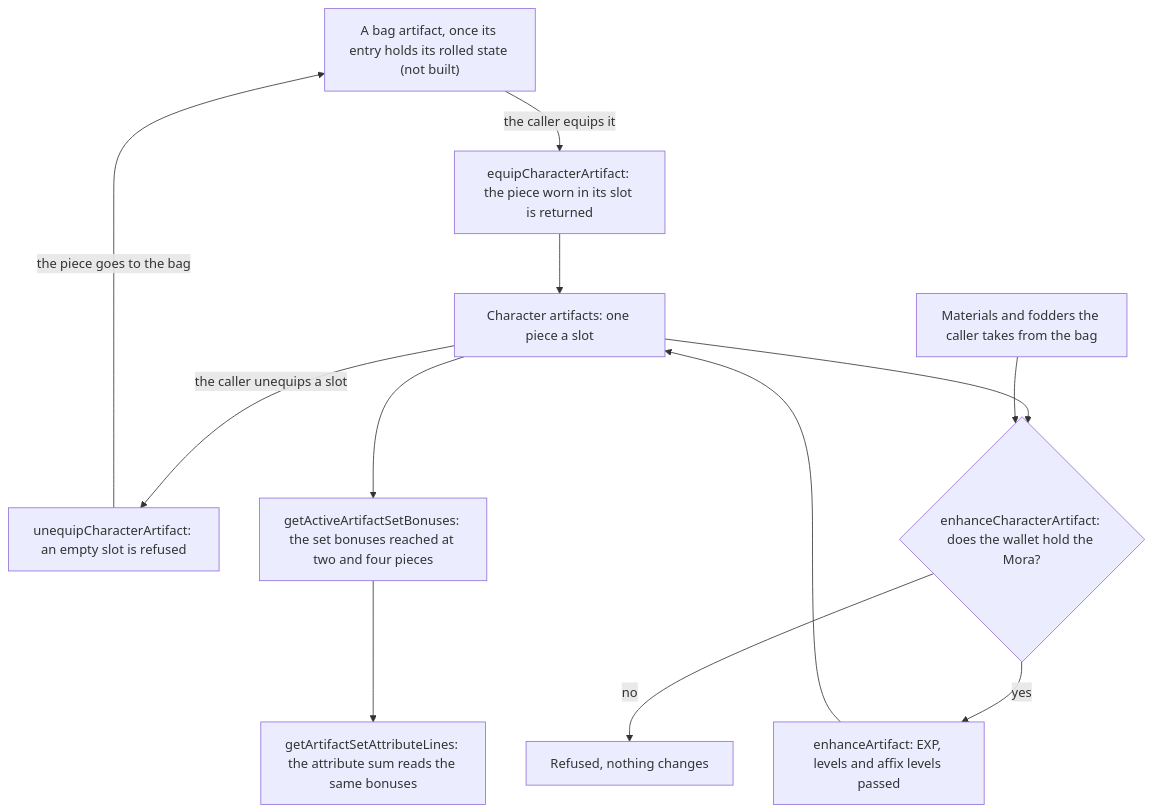
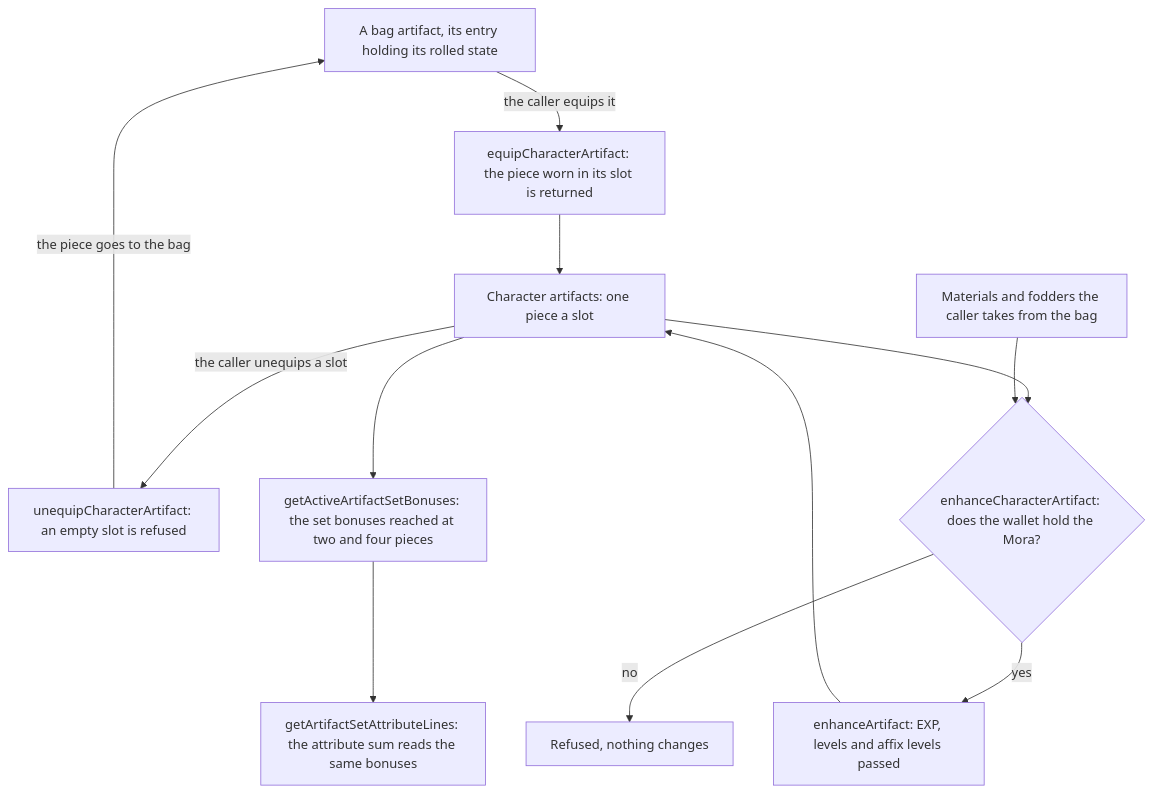
One commit to Esposter/Esposter changed the diagram in openspec/changes/genshin-artifact-screen/design.md. Above: the diagram before and after it, drawn with Mermaid. The commit also changed other lines of this file and 2 other files, not shown here.

First line of the commit message:
docs(genshin): the artifact screen change records the bag moves as built, names its capability and paraphrases the game's notices

````diff
--- a/openspec/changes/genshin-artifact-screen/design.md
+++ b/openspec/changes/genshin-artifact-screen/design.md
@@ -9,14 +9,14 @@
 ```mermaid
 flowchart TD
-  BAG["A bag artifact, once its entry holds its rolled state (not built)"] -->|"the caller equips it"| EQUIP["equipCharacterArtifact: the piece worn in its slot is returned"]
+  BAG["A bag artifact, its entry holding its rolled state"] -->|"the caller equips it"| EQUIP["equipCharacterArtifact: the piece worn in its slot is returned"]
   EQUIP --> WORN["Character artifacts: one piece a slot"]
   WORN -->|"the caller unequips a slot"| UNEQUIP["unequipCharacterArtifact: an empty slot is refused"]
   UNEQUIP -->|"the piece goes to the bag"| BAG
   WORN --> GATE{"enhanceCharacterArtifact: does the wallet hold the Mora?"}
   FODDER["Materials and fodders the caller takes from the bag"] --> GATE
   GATE -->|"no"| REFUSE["Refused, nothing changes"]
   GATE -->|"yes"| ENHANCE["enhanceArtifact: EXP, levels and affix levels passed"]
   ENHANCE --> WORN
   WORN --> SETS["getActiveArtifactSetBonuses: the set bonuses reached at two and four pieces"]
   SETS --> LINES["getArtifactSetAttributeLines: the attribute sum reads the same bonuses"]
 ```
````
